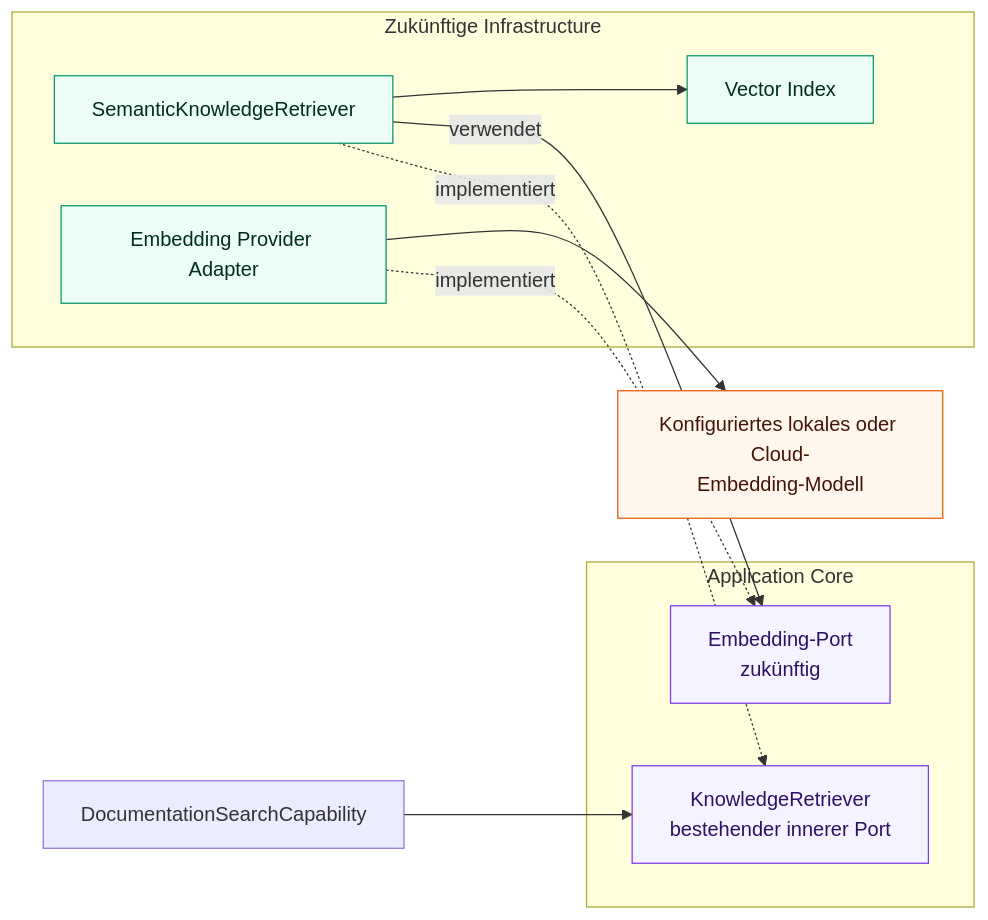
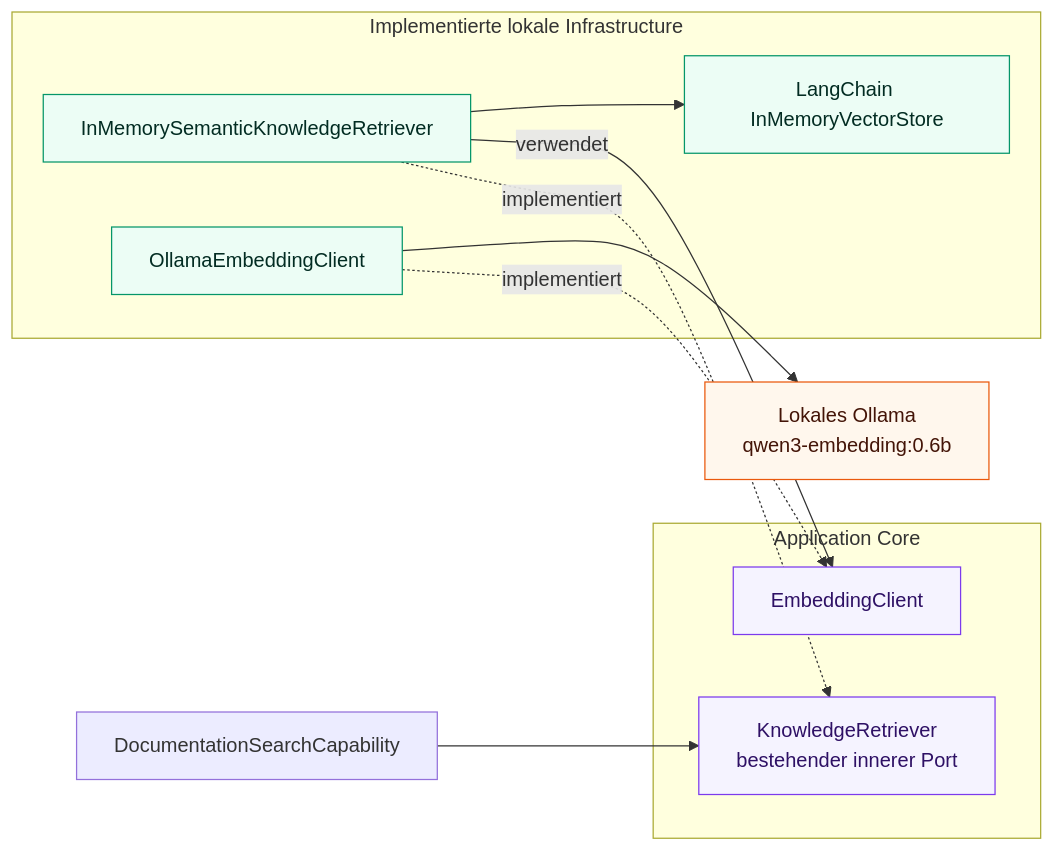
Before and after one commit to aboerzel/industrial-ai-agent: the tenth of 11 diagrams in docs/architecture/overview.de.md, drawn with Mermaid. The commit also changed other lines of this file and 12 other files, not shown here.

````diff
--- a/docs/architecture/overview.de.md
+++ b/docs/architecture/overview.de.md
@@ -570,28 +586,28 @@
 ```mermaid
 flowchart LR
     Capability["DocumentationSearchCapability"] --> KnowledgePort["KnowledgeRetriever<br/>bestehender innerer Port"]
 
     subgraph Core["Application Core"]
         KnowledgePort
-        EmbeddingPort["Embedding-Port<br/>zukünftig"]
+        EmbeddingPort["EmbeddingClient"]
     end
 
-    subgraph Infrastructure["Zukünftige Infrastructure"]
-        Semantic["SemanticKnowledgeRetriever"]
-        Adapter["Embedding Provider Adapter"]
-        Index["Vector Index"]
+    subgraph Infrastructure["Implementierte lokale Infrastructure"]
+        Semantic["InMemorySemanticKnowledgeRetriever"]
+        Adapter["OllamaEmbeddingClient"]
+        Index["LangChain InMemoryVectorStore"]
     end
 
     Semantic -.->|"implementiert"| KnowledgePort
     Semantic -->|"verwendet"| EmbeddingPort
     Adapter -.->|"implementiert"| EmbeddingPort
     Semantic --> Index
-    Adapter --> Model["Konfiguriertes lokales oder Cloud-<br/>Embedding-Modell"]
+    Adapter --> Model["Lokales Ollama<br/>qwen3-embedding:0.6b"]
 
     classDef core fill:#f5f3ff,stroke:#7c3aed,color:#2e1065
     classDef adapter fill:#ecfdf5,stroke:#059669,color:#022c22
     classDef external fill:#fff7ed,stroke:#ea580c,color:#431407
     class KnowledgePort,EmbeddingPort core
     class Semantic,Adapter,Index adapter
     class Model external
 ```
````
